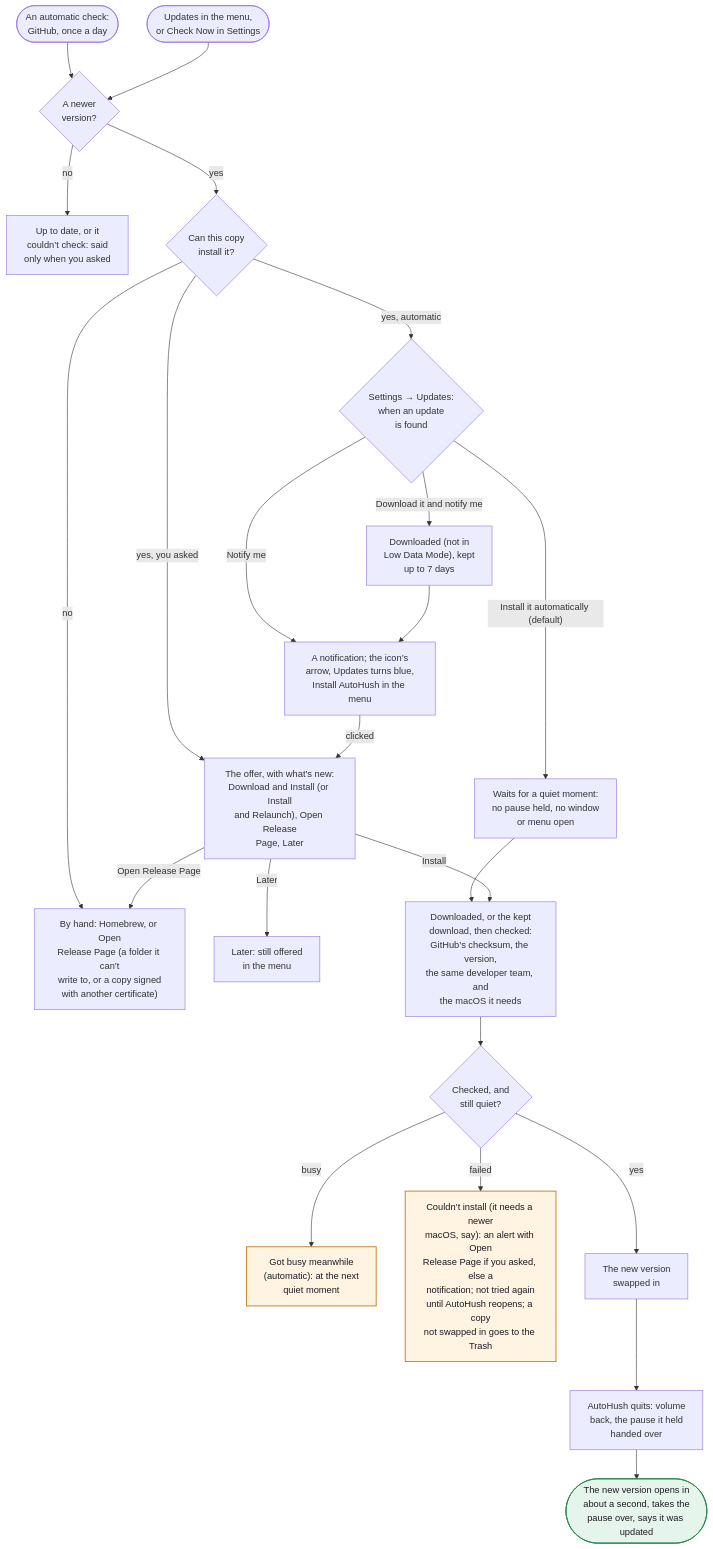
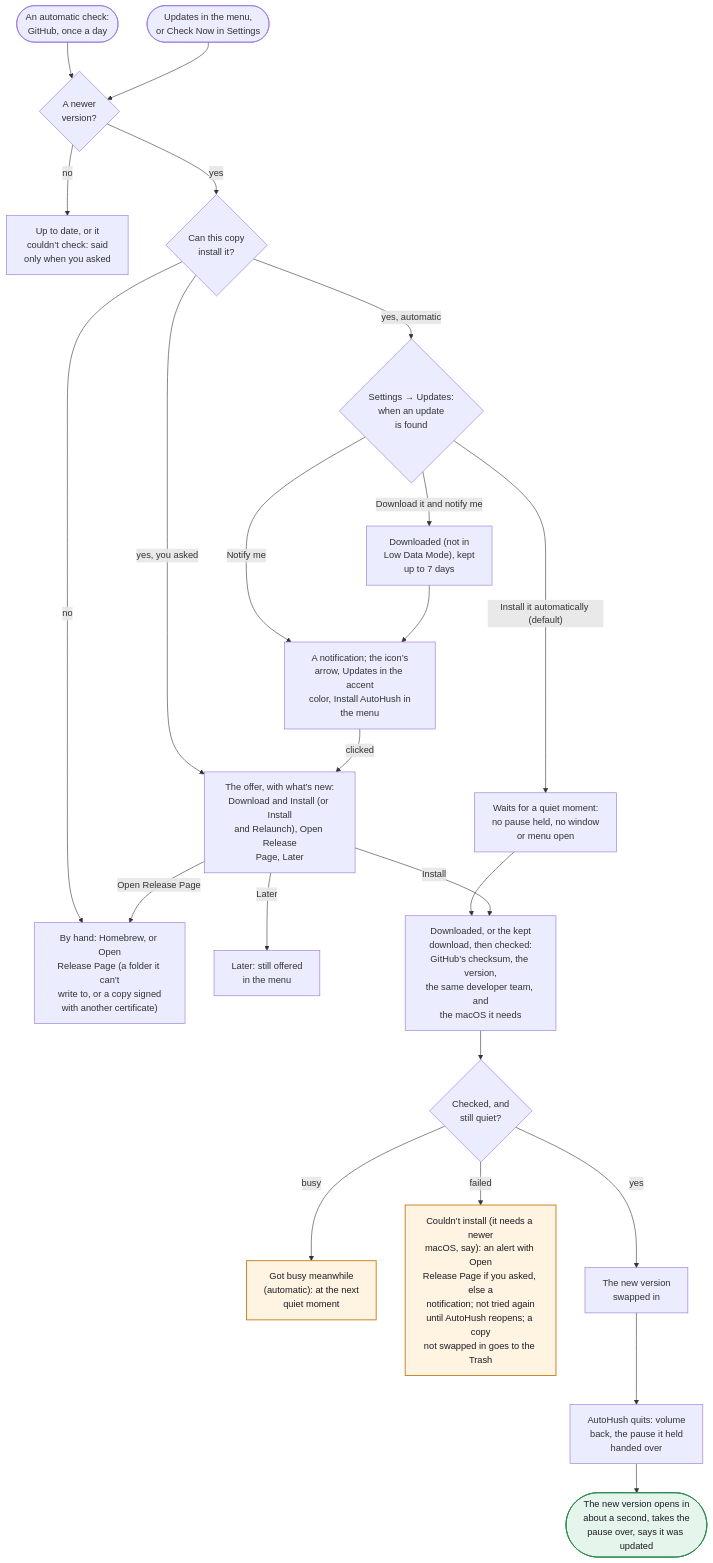
Before and after one commit to hfustercabre/AutoHush: diagram 12 of 14 in WORKFLOWS.md, drawn with Mermaid. The commit also changed other lines of this file and 128 other files, not shown here.

````diff
--- a/WORKFLOWS.md
+++ b/WORKFLOWS.md
@@ -614,46 +614,46 @@
 ```mermaid
 flowchart TD
   AUTO(["An automatic check:<br/>GitHub, once a day"])
   ASK(["Updates in the menu,<br/>or Check Now in Settings"])
   NEW{"A newer<br/>version?"}
   UTD["Up to date, or it<br/>couldn’t check: said<br/>only when you asked"]
   CAN{"Can this copy<br/>install it?"}
   HAND["By hand: Homebrew, or Open<br/>Release Page (a folder it can’t<br/>write to, or a copy signed<br/>with another certificate)"]
   MODE{"Settings → Updates:<br/>when an update<br/>is found"}
-  NOT["A notification; the icon’s<br/>arrow, Updates turns blue,<br/>Install AutoHush in the menu"]
+  NOT["A notification; the icon’s<br/>arrow, Updates in the accent<br/>color, Install AutoHush in<br/>the menu"]
   DL["Downloaded (not in<br/>Low Data Mode), kept<br/>up to 7 days"]
   AI["Waits for a quiet moment:<br/>no pause held, no window<br/>or menu open"]
   OFFER["The offer, with what’s new:<br/>Download and Install (or Install<br/>and Relaunch), Open Release<br/>Page, Later"]
   LATER["Later: still offered<br/>in the menu"]
   PREP["Downloaded, or the kept<br/>download, then checked:<br/>GitHub’s checksum, the version,<br/>the same developer team, and<br/>the macOS it needs"]
   OK{"Checked, and<br/>still quiet?"}
   BUSY["Got busy meanwhile<br/>(automatic): at the next<br/>quiet moment"]
   ERR["Couldn’t install (it needs a newer<br/>macOS, say): an alert with Open<br/>Release Page if you asked, else a<br/>notification; not tried again<br/>until AutoHush reopens; a copy<br/>not swapped in goes to the Trash"]
   SWAP["The new version<br/>swapped in"]
   QUIT["AutoHush quits: volume<br/>back, the pause it held<br/>handed over"]
   OPEN(["The new version opens in<br/>about a second, takes the<br/>pause over, says it was updated"])
 
   AUTO --> NEW
   ASK --> NEW
   NEW -->|"no"| UTD
   NEW -->|"yes"| CAN
   CAN -->|"no"| HAND
   CAN -->|"yes, you asked"| OFFER
   CAN -->|"yes, automatic"| MODE
   MODE -->|"Notify me"| NOT
   MODE -->|"Download it and notify me"| DL --> NOT
   MODE -->|"Install it automatically (default)"| AI --> PREP
   NOT -->|"clicked"| OFFER
   OFFER -->|"Install"| PREP
   OFFER -->|"Open Release Page"| HAND
   OFFER -->|"Later"| LATER
   PREP --> OK
   OK -->|"busy"| BUSY
   OK -->|"failed"| ERR
   OK -->|"yes"| SWAP --> QUIT --> OPEN
 
   class ERR,BUSY warn
   class OPEN done
   classDef warn fill:#fff3e2,stroke:#c47812,stroke-width:1.5px,color:#1d1b22
   classDef done fill:#e6f5eb,stroke:#2f8a50,stroke-width:1.5px,color:#1d1b22
 ```
````
